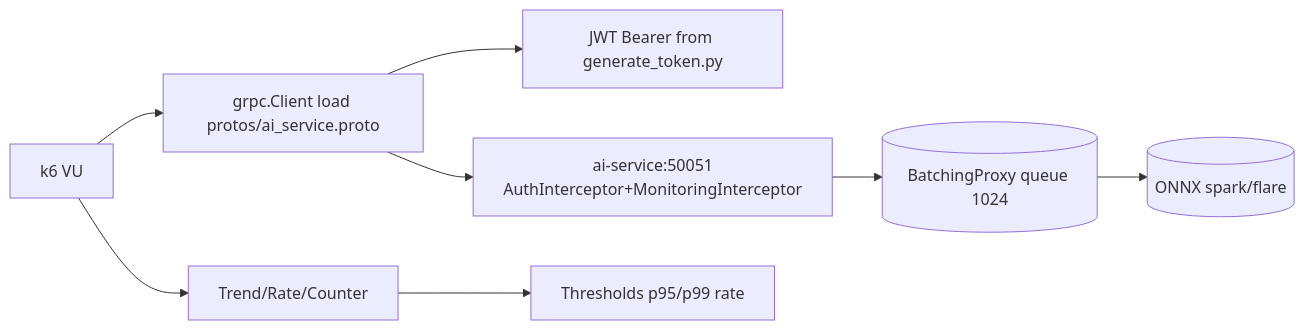
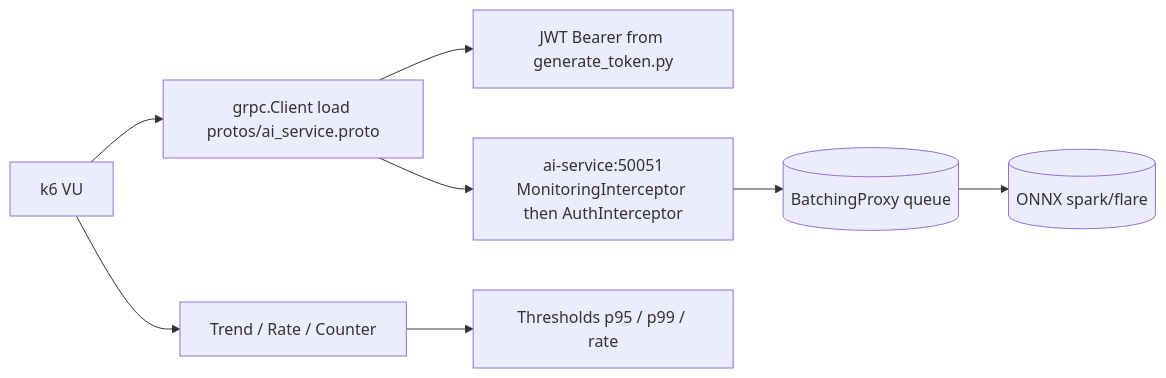
Before and after one commit to kunalPisolkar24/detectAI: the first of 3 diagrams in services/inference/load/README.md, drawn with Mermaid. The commit also changed other lines of this file and 14 other files, not shown here.

````diff
--- a/services/inference/load/README.md
+++ b/services/inference/load/README.md
@@ -86,10 +129,10 @@
 ```mermaid
 graph LR
     K6[k6 VU] --> GRPC[grpc.Client load protos/ai_service.proto]
     GRPC --> Auth[JWT Bearer from generate_token.py]
-    GRPC --> Svc[ai-service:50051<br/>AuthInterceptor+MonitoringInterceptor]
-    Svc --> Q[(BatchingProxy queue 1024)]
-    Q --> GPU[(ONNX spark/flare)]
-    K6 --> Met[Trend/Rate/Counter]
-    Met --> Thr[Thresholds p95/p99 rate]
+    GRPC --> Svc[ai-service:50051<br/>MonitoringInterceptor then AuthInterceptor]
+    Svc --> Q[(BatchingProxy queue)]
+    Q --> ONNX[(ONNX spark/flare)]
+    K6 --> Met[Trend / Rate / Counter]
+    Met --> Thr[Thresholds p95 / p99 / rate]
 ```
````
